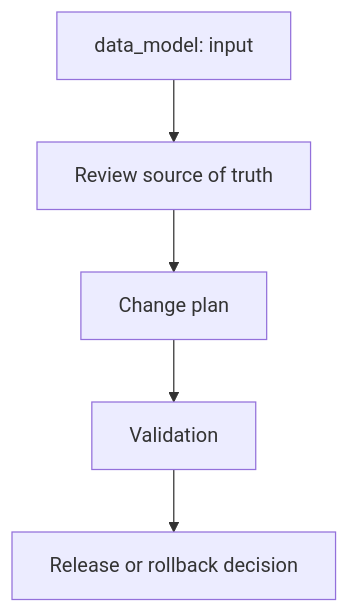
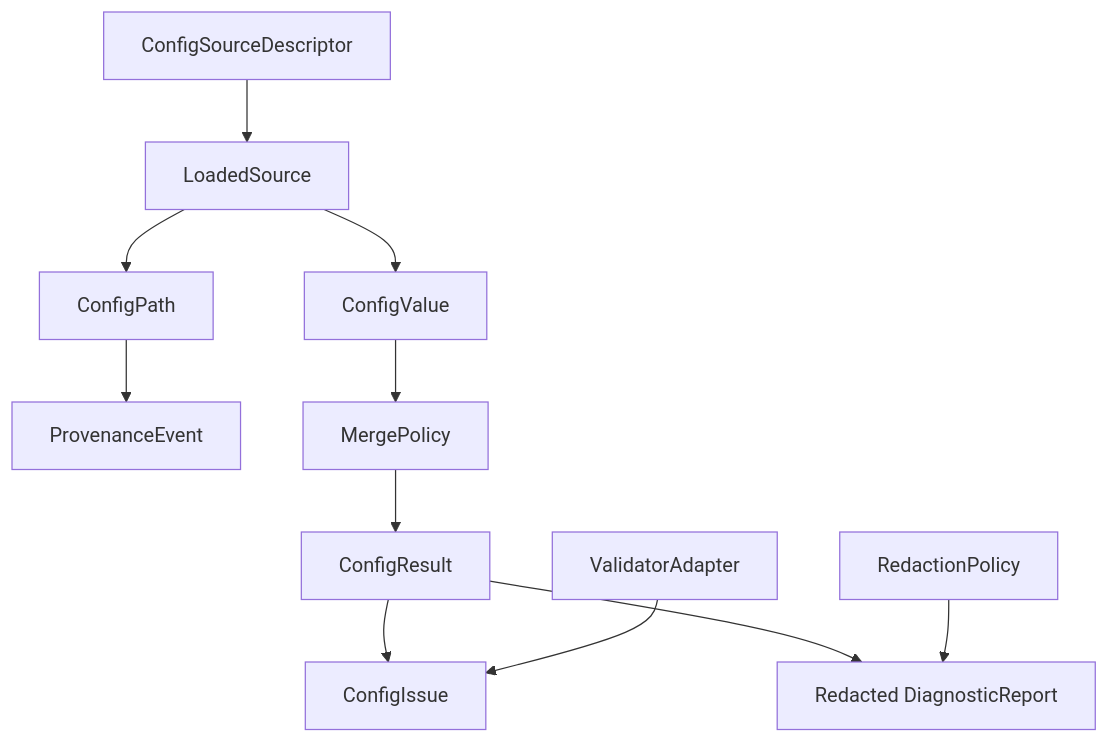
The diagram in diagrams/data-model.mmd (0disoft/universal-config-engine), drawn with Mermaid before and after one commit. The commit also changed 64 other files, not shown here.

```diff
--- a/diagrams/data-model.mmd
+++ b/diagrams/data-model.mmd
@@ -1,5 +1,11 @@
 flowchart TD
-  A["data_model: input"] --> B["Review source of truth"]
-  B --> C["Change plan"]
-  C --> D["Validation"]
-  D --> E["Release or rollback decision"]
+  Source["ConfigSourceDescriptor"] --> Loaded["LoadedSource"]
+  Loaded --> Path["ConfigPath"]
+  Loaded --> Value["ConfigValue"]
+  Path --> Provenance["ProvenanceEvent"]
+  Value --> MergePolicy["MergePolicy"]
+  MergePolicy --> Result["ConfigResult"]
+  Result --> Issue["ConfigIssue"]
+  Result --> Diagnostic["Redacted DiagnosticReport"]
+  Validator["ValidatorAdapter"] --> Issue
+  Redaction["RedactionPolicy"] --> Diagnostic
```
